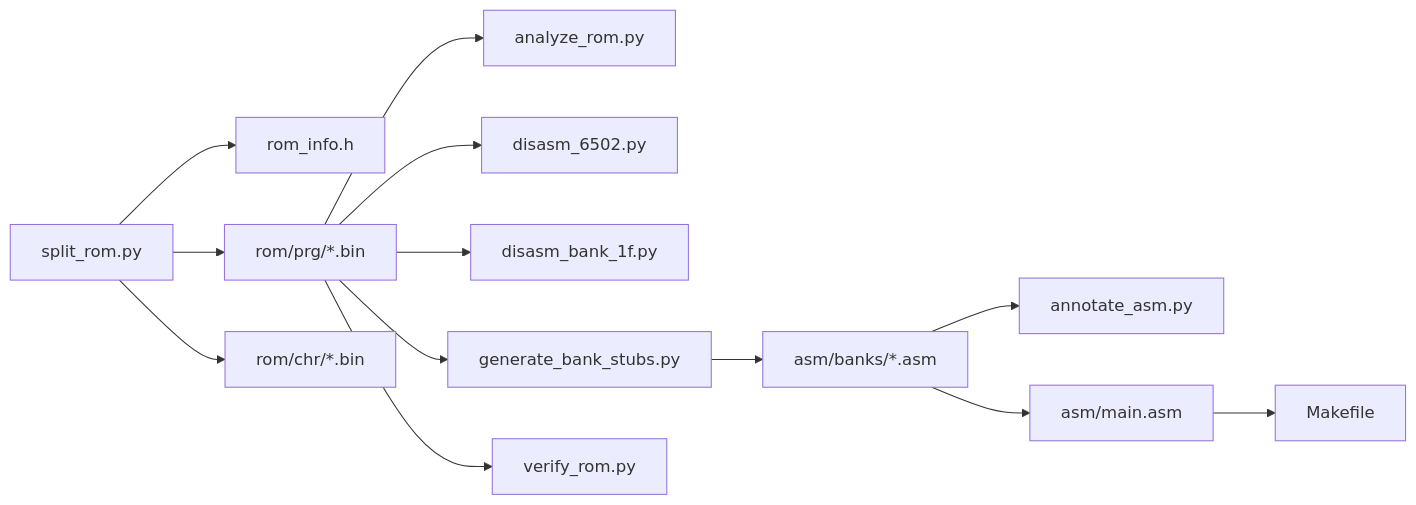
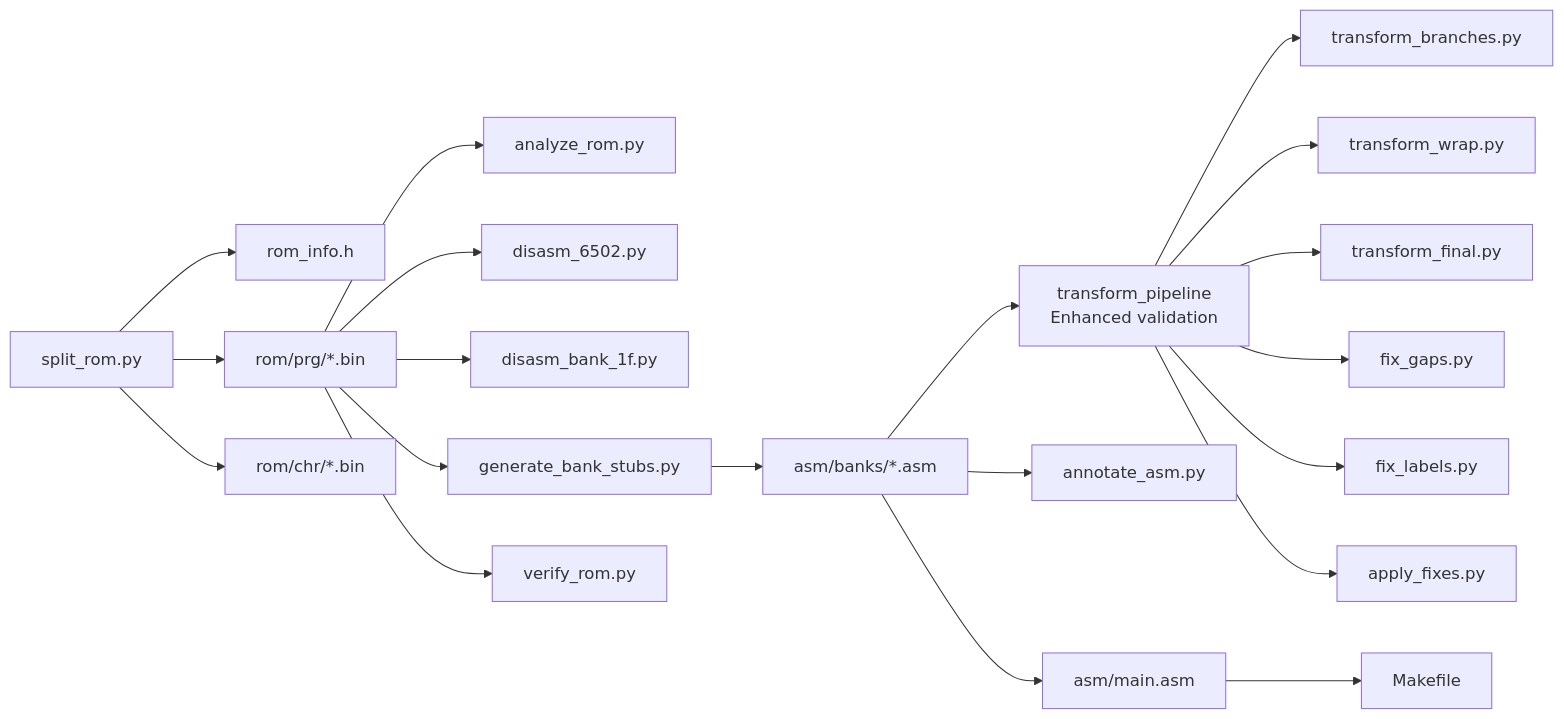
Before and after one commit to rabbyzero/sango2dasm: the ninth of 9 diagrams in .qoder/repowiki/en/content/ROM Analysis and Understanding/ROM Analysis and Understanding.md, drawn with Mermaid. The commit also changed other lines of this file and 8 other files, not shown here.

````diff
--- a/.qoder/repowiki/en/content/ROM Analysis and Understanding/ROM Analysis and Understanding.md
+++ b/.qoder/repowiki/en/content/ROM Analysis and Understanding/ROM Analysis and Understanding.md
@@ -320,15 +459,22 @@
 ```mermaid
 graph LR
 Split["split_rom.py"] --> Info["rom_info.h"]
 Split --> PRG["rom/prg/*.bin"]
 Split --> CHR["rom/chr/*.bin"]
 PRG --> Analyze["analyze_rom.py"]
 PRG --> Disasm["disasm_6502.py"]
 PRG --> Disasm1F["disasm_bank_1f.py"]
 PRG --> Stubs["generate_bank_stubs.py"]
 Stubs --> Asm["asm/banks/*.asm"]
+Asm --> Transform["transform_pipeline<br/>Enhanced validation"]
+Transform --> Branches["transform_branches.py"]
+Transform --> Wrap["transform_wrap.py"]
+Transform --> Final["transform_final.py"]
+Transform --> Gaps["fix_gaps.py"]
+Transform --> Labels["fix_labels.py"]
+Transform --> Fixes["apply_fixes.py"]
 Asm --> Annot["annotate_asm.py"]
 Asm --> Main["asm/main.asm"]
 Main --> Make["Makefile"]
 PRG --> Verify["verify_rom.py"]
 ```
````
